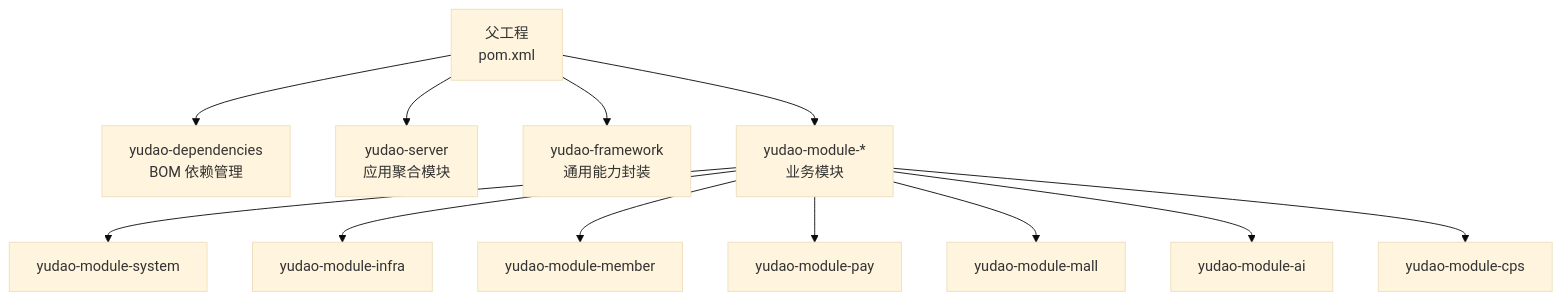
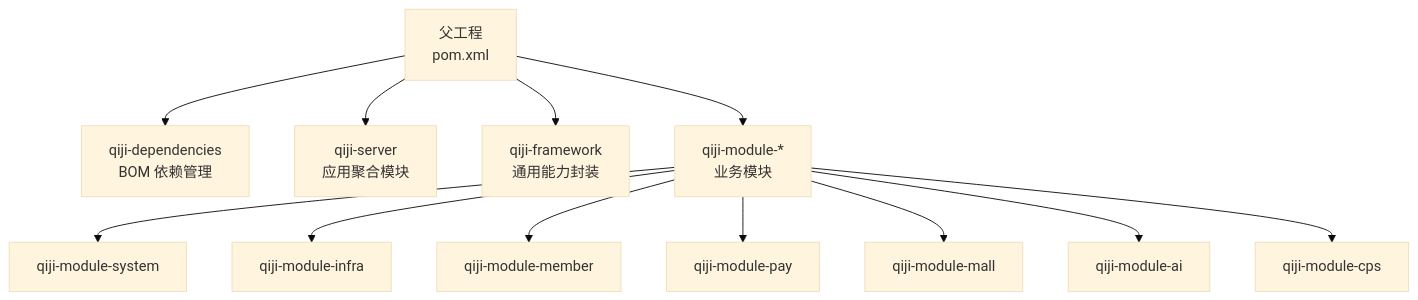
Before and after one commit to zhuangpengLI/AgenticCPS: the first of 7 diagrams in backend/.qoder/repowiki/zh/content/系统架构设计/技术栈选型.md, drawn with Mermaid (base theme). The commit also changed other lines of this file and 3489 other files, not shown here.

````diff
--- a/backend/.qoder/repowiki/zh/content/系统架构设计/技术栈选型.md
+++ b/backend/.qoder/repowiki/zh/content/系统架构设计/技术栈选型.md
@@ -35,14 +35,14 @@
 ```mermaid
 graph TB
-A["父工程<br/>pom.xml"] --> B["yudao-dependencies<br/>BOM 依赖管理"]
-A --> C["yudao-server<br/>应用聚合模块"]
-A --> D["yudao-framework<br/>通用能力封装"]
-A --> E["yudao-module-*<br/>业务模块"]
-E --> E1["yudao-module-system"]
-E --> E2["yudao-module-infra"]
-E --> E3["yudao-module-member"]
-E --> E4["yudao-module-pay"]
-E --> E5["yudao-module-mall"]
-E --> E6["yudao-module-ai"]
-E --> E7["yudao-module-cps"]
+A["父工程<br/>pom.xml"] --> B["qiji-dependencies<br/>BOM 依赖管理"]
+A --> C["qiji-server<br/>应用聚合模块"]
+A --> D["qiji-framework<br/>通用能力封装"]
+A --> E["qiji-module-*<br/>业务模块"]
+E --> E1["qiji-module-system"]
+E --> E2["qiji-module-infra"]
+E --> E3["qiji-module-member"]
+E --> E4["qiji-module-pay"]
+E --> E5["qiji-module-mall"]
+E --> E6["qiji-module-ai"]
+E --> E7["qiji-module-cps"]
 ```
````
